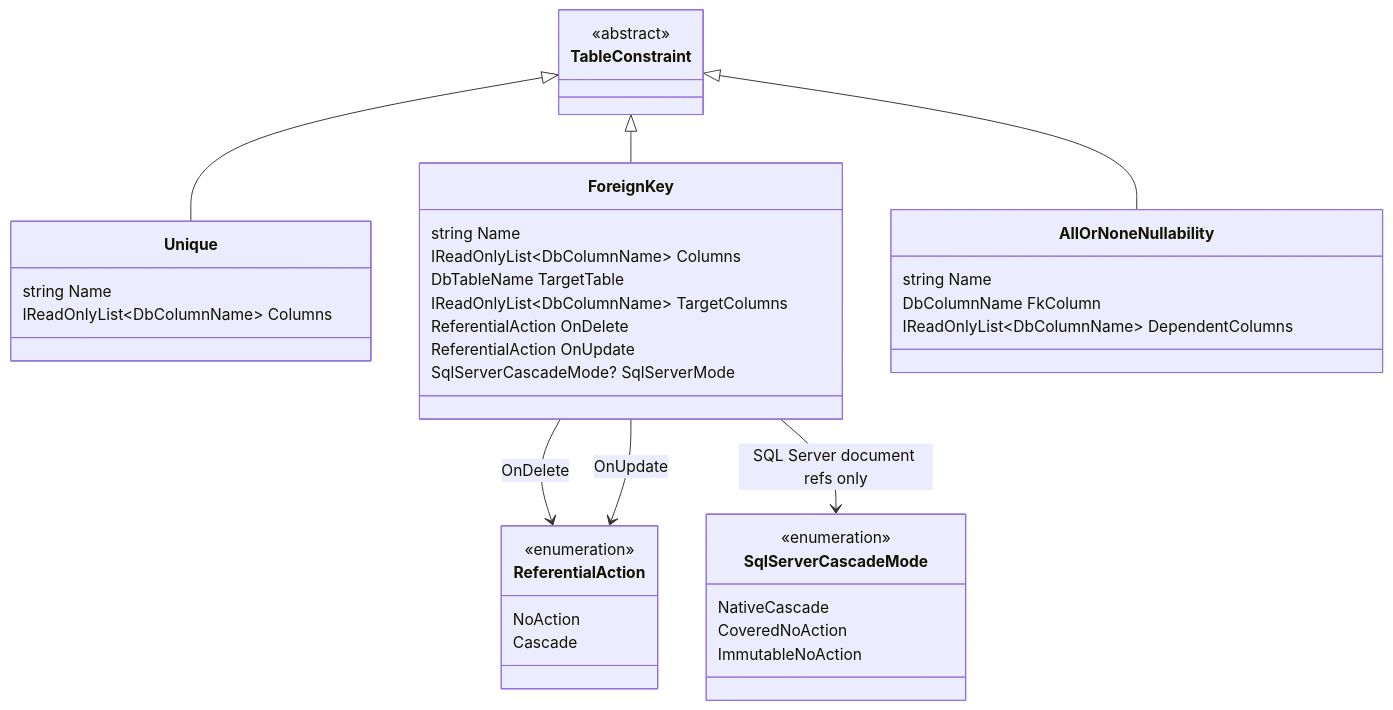
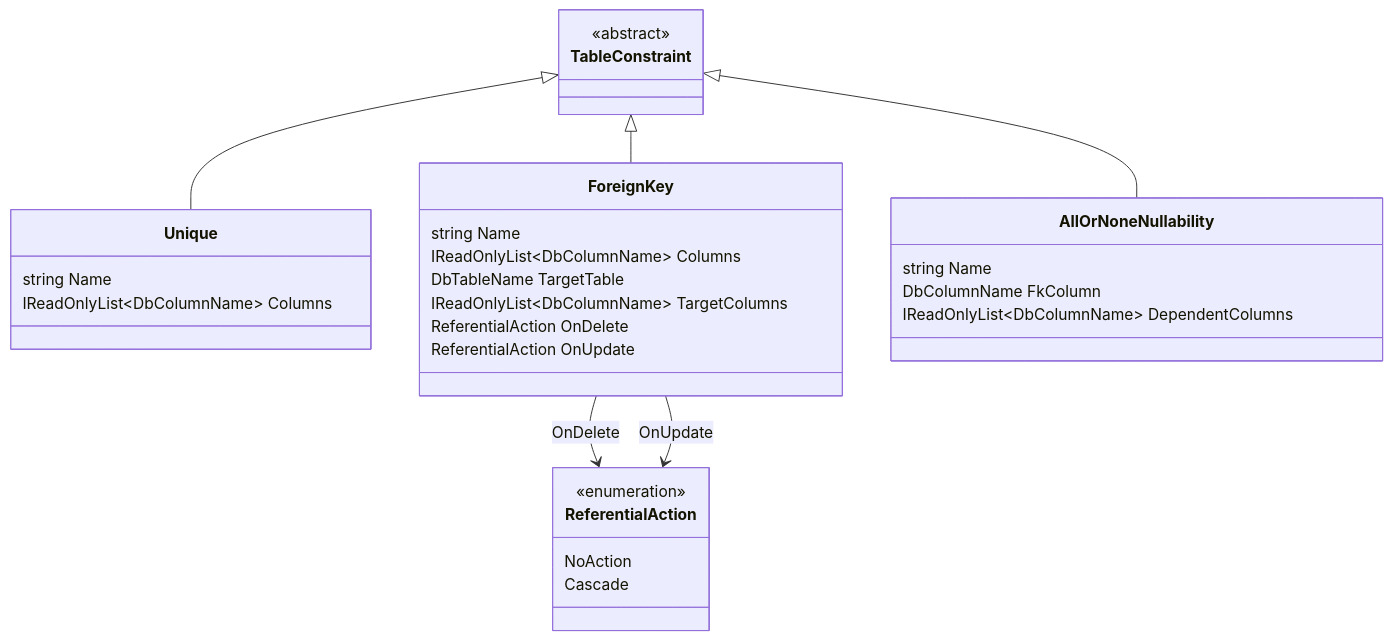
Before and after one commit to Ed-Fi-Alliance-OSS/Data-Management-Service: the fifth of 16 diagrams in reference/design/backend-redesign/presentations/relational-model-presentation.md, drawn with Mermaid. The commit also changed other lines of this file and 7 other files, not shown here.

````diff
--- a/reference/design/backend-redesign/presentations/relational-model-presentation.md
+++ b/reference/design/backend-redesign/presentations/relational-model-presentation.md
@@ -221,47 +221,38 @@
 ```mermaid
 classDiagram
     class TableConstraint {
         <<abstract>>
     }
 
     class Unique {
         string Name
         IReadOnlyList~DbColumnName~ Columns
     }
 
     class ForeignKey {
         string Name
         IReadOnlyList~DbColumnName~ Columns
         DbTableName TargetTable
         IReadOnlyList~DbColumnName~ TargetColumns
         ReferentialAction OnDelete
         ReferentialAction OnUpdate
-        SqlServerCascadeMode? SqlServerMode
     }
 
     class AllOrNoneNullability {
         string Name
         DbColumnName FkColumn
         IReadOnlyList~DbColumnName~ DependentColumns
     }
 
     class ReferentialAction {
         <<enumeration>>
         NoAction
         Cascade
     }
 
-    class SqlServerCascadeMode {
-        <<enumeration>>
-        NativeCascade
-        CoveredNoAction
-        ImmutableNoAction
-    }
-
     TableConstraint <|-- Unique
     TableConstraint <|-- ForeignKey
     TableConstraint <|-- AllOrNoneNullability
     ForeignKey --> ReferentialAction : OnDelete
     ForeignKey --> ReferentialAction : OnUpdate
-    ForeignKey --> SqlServerCascadeMode : SQL Server document refs only
 ```
````
